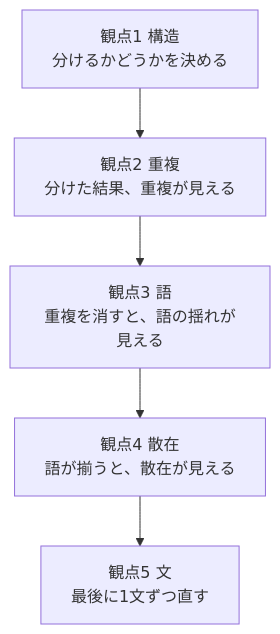
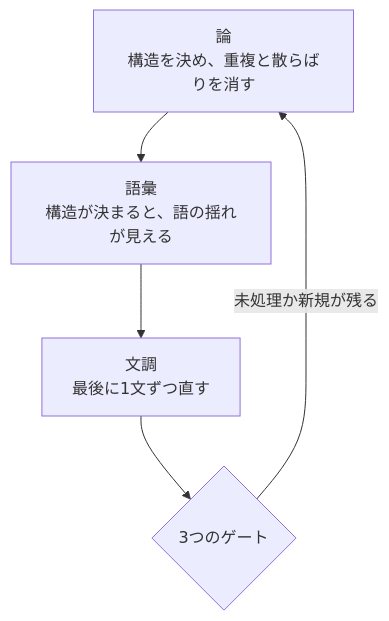
The diagram in .claude/skills/writing-guard/references/writing-checklist.md (daidaiiro-519/waffle), drawn with Mermaid before and after one commit. The commit also changed other lines of this file and 3 other files, not shown here.

````diff
--- a/.claude/skills/writing-guard/references/writing-checklist.md
+++ b/.claude/skills/writing-guard/references/writing-checklist.md
@@ -300,9 +395,9 @@
 ```mermaid
 flowchart TD
-    a["観点1 構造<br/>分けるかどうかを決める"]
-    b["観点2 重複<br/>分けた結果、重複が見える"]
-    c["観点3 語<br/>重複を消すと、語の揺れが見える"]
-    d["観点4 散在<br/>語が揃うと、散在が見える"]
-    e["観点5 文<br/>最後に1文ずつ直す"]
-    a --> b --> c --> d --> e
+    a["論<br/>構造を決め、重複と散らばりを消す"]
+    b["語彙<br/>構造が決まると、語の揺れが見える"]
+    c["文調<br/>最後に1文ずつ直す"]
+    g{"3つのゲート"}
+    a --> b --> c --> g
+    g -- "未処理か新規が残る" --> a
 ```
````
